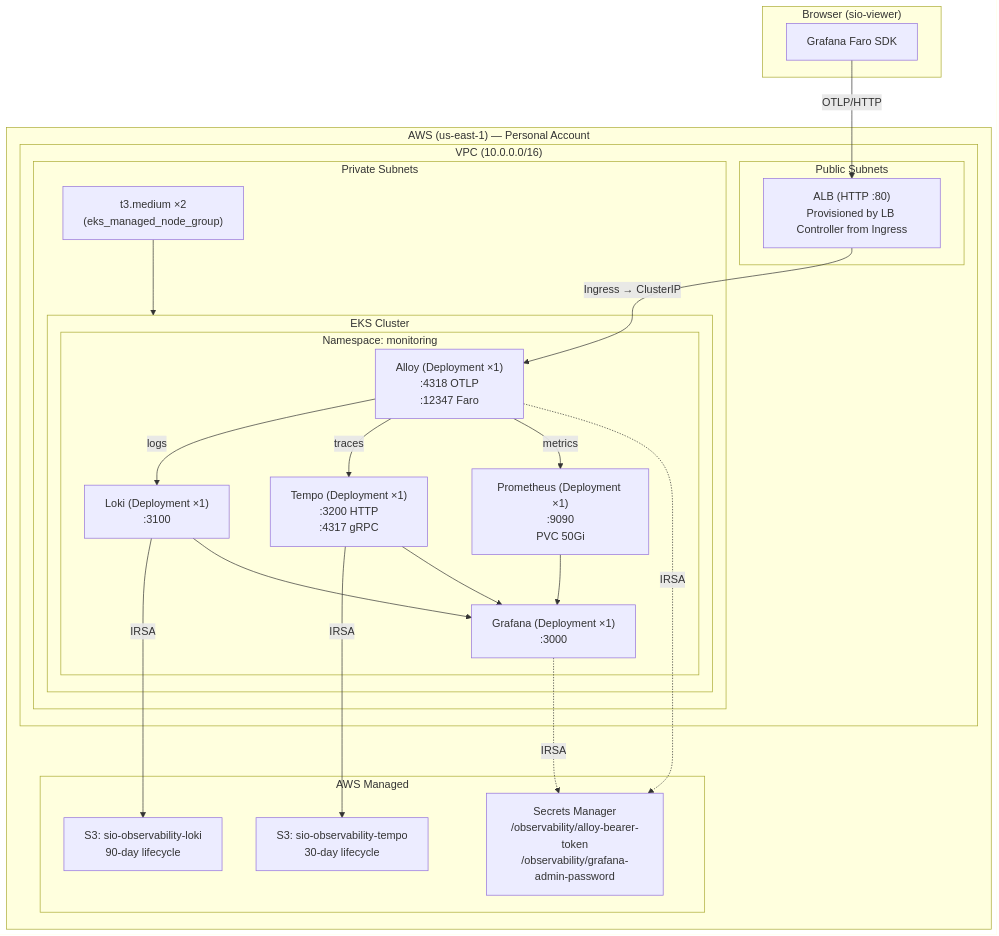
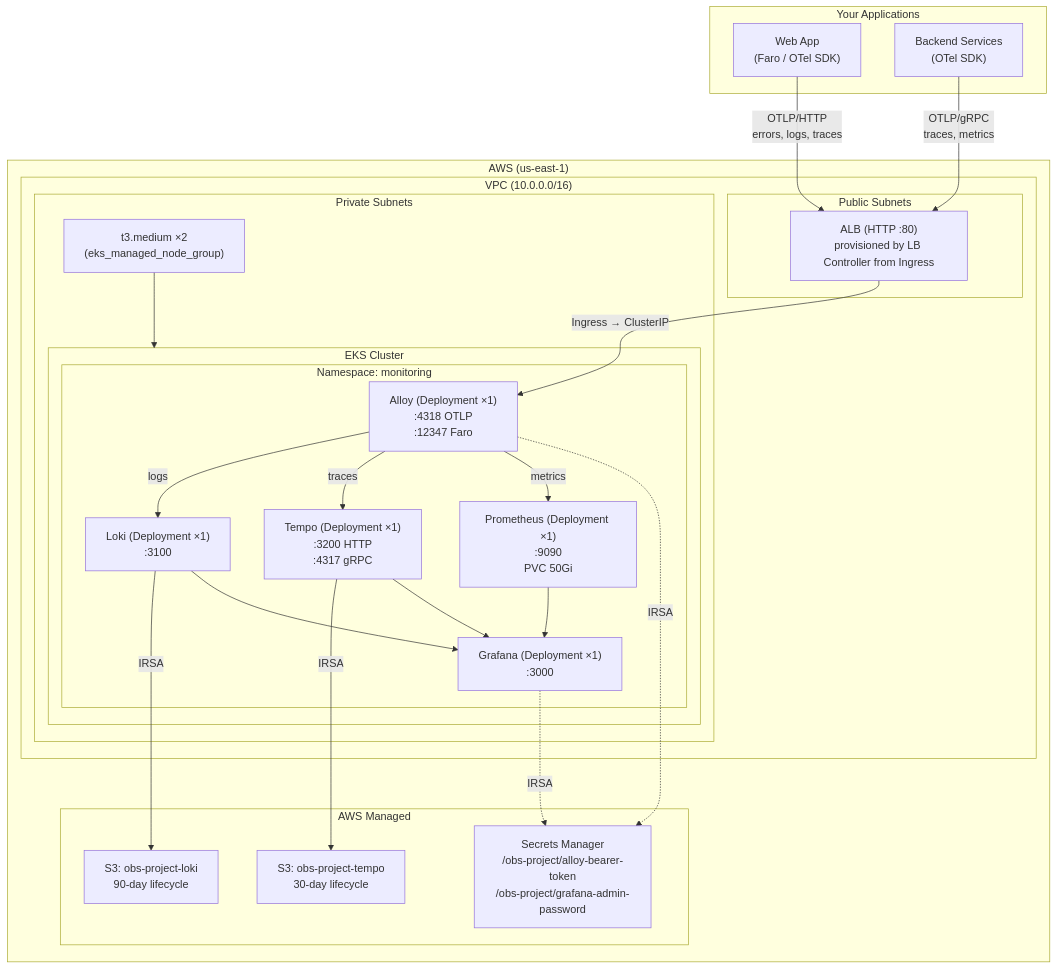
The diagram in observability/README.md (namhngo/Terraform-infra-setup), drawn with Mermaid before and after one commit. The commit also changed other lines of this file, not shown here.

First line of the commit message:
docs(observability): remove work references, rewrite as side project

````diff
--- a/observability/README.md
+++ b/observability/README.md
@@ -15,50 +14,52 @@
 ```mermaid
 flowchart TB
-    subgraph Browser["Browser (sio-viewer)"]
-        Faro["Grafana Faro SDK"]
+    subgraph Apps["Your Applications"]
+        Web["Web App\n(Faro / OTel SDK)"]
+        Backend["Backend Services\n(OTel SDK)"]
     end
 
-    subgraph AWS["AWS (us-east-1) — Personal Account"]
+    subgraph AWS["AWS (us-east-1)"]
         subgraph VPC["VPC (10.0.0.0/16)"]
             subgraph Public["Public Subnets"]
-                ALB["ALB (HTTP :80)\nProvisioned by LB Controller from Ingress"]
+                ALB["ALB (HTTP :80)\nprovisioned by LB Controller from Ingress"]
             end
             subgraph Private["Private Subnets"]
                 subgraph EKS["EKS Cluster"]
                     subgraph NS["Namespace: monitoring"]
                         Alloy["Alloy (Deployment ×1)\n:4318 OTLP\n:12347 Faro"]
                         Loki["Loki (Deployment ×1)\n:3100"]
                         Tempo["Tempo (Deployment ×1)\n:3200 HTTP\n:4317 gRPC"]
                         Prometheus["Prometheus (Deployment ×1)\n:9090\nPVC 50Gi"]
                         Grafana["Grafana (Deployment ×1)\n:3000"]
                     end
                 end
                 Nodes["t3.medium ×2\n(eks_managed_node_group)"]
             end
         end
 
         subgraph Storage["AWS Managed"]
-            S3L["S3: sio-observability-loki\n90-day lifecycle"]
-            S3T["S3: sio-observability-tempo\n30-day lifecycle"]
-            SM["Secrets Manager\n/observability/alloy-bearer-token\n/observability/grafana-admin-password"]
+            S3L["S3: obs-project-loki\n90-day lifecycle"]
+            S3T["S3: obs-project-tempo\n30-day lifecycle"]
+            SM["Secrets Manager\n/obs-project/alloy-bearer-token\n/obs-project/grafana-admin-password"]
         end
     end
 
-    Faro -->|"OTLP/HTTP"| ALB
+    Web -->|"OTLP/HTTP\nerrors, logs, traces"| ALB
+    Backend -->|"OTLP/gRPC\ntraces, metrics"| ALB
     ALB -->|"Ingress → ClusterIP"| Alloy
 
     Alloy -->|"logs"| Loki
     Alloy -->|"traces"| Tempo
     Alloy -->|"metrics"| Prometheus
 
     Loki -->|"IRSA"| S3L
     Tempo -->|"IRSA"| S3T
     Alloy -.->|"IRSA"| SM
     Grafana -.->|"IRSA"| SM
 
     Loki --> Grafana
     Tempo --> Grafana
     Prometheus --> Grafana
 
     Nodes --> EKS
 ```
````
